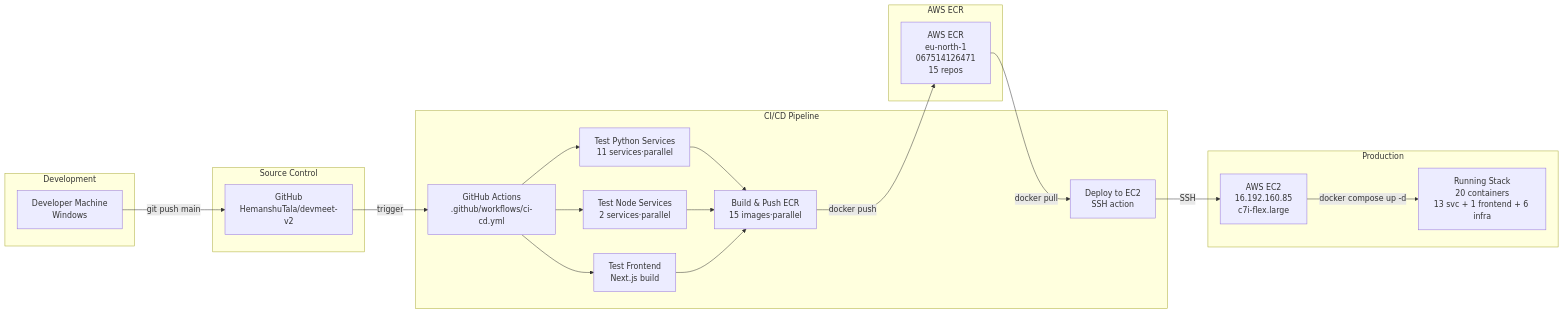
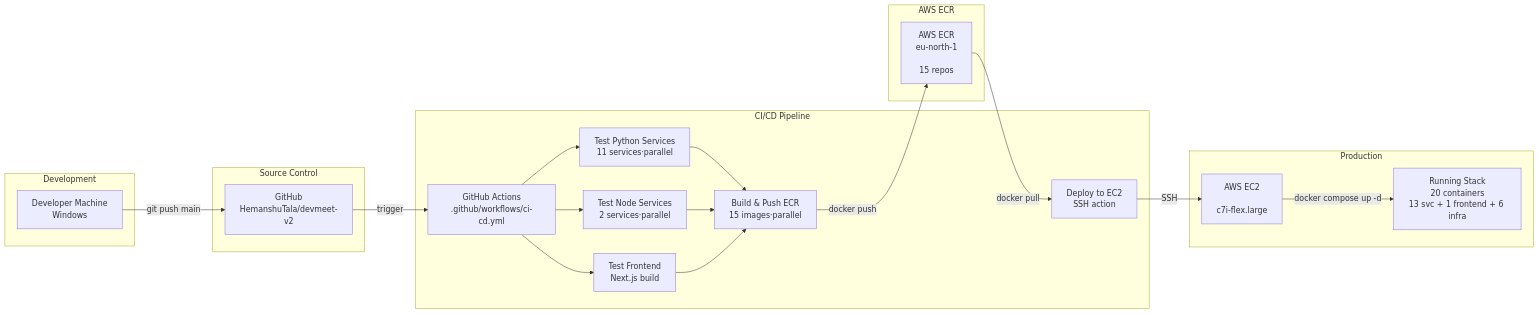
The second of 2 diagrams in Design Architecture/01-HLD-System-Architecture.md (HemanshuTala/devmeet-v2), drawn with Mermaid before and after one commit. The commit also changed other lines of this file and 9 other files, not shown here.

````diff
--- a/Design Architecture/01-HLD-System-Architecture.md
+++ b/Design Architecture/01-HLD-System-Architecture.md
@@ -425,41 +424,41 @@
 ```mermaid
 graph LR
     subgraph "Development"
         DEV[Developer Machine<br/>Windows]
     end
     
     subgraph "Source Control"
         GH[GitHub<br/>HemanshuTala/devmeet-v2]
     end
     
     subgraph "CI/CD Pipeline"
         GHA[GitHub Actions<br/>.github/workflows/ci-cd.yml]
         TEST1[Test Python Services<br/>11 services·parallel]
         TEST2[Test Node Services<br/>2 services·parallel]
         TEST3[Test Frontend<br/>Next.js build]
         BUILD[Build & Push ECR<br/>15 images·parallel]
         DEPLOY[Deploy to EC2<br/>SSH action]
     end
     
     subgraph "AWS ECR"
-        ECR[AWS ECR<br/>eu-north-1<br/>067514126471<br/>15 repos]
+        ECR[AWS ECR<br/>eu-north-1<br/><YOUR_AWS_ACCOUNT_ID><br/>15 repos]
     end
     
     subgraph "Production"
-        EC2[AWS EC2<br/>16.192.160.85<br/>c7i-flex.large]
+        EC2[AWS EC2<br/><YOUR_SERVER_IP><br/>c7i-flex.large]
         STACK[Running Stack<br/>20 containers<br/>13 svc + 1 frontend + 6 infra]
     end
     
     DEV -->|git push main| GH
     GH -->|trigger| GHA
     GHA --> TEST1
     GHA --> TEST2
     GHA --> TEST3
     TEST1 --> BUILD
     TEST2 --> BUILD
     TEST3 --> BUILD
     BUILD -->|docker push| ECR
     ECR -->|docker pull| DEPLOY
     DEPLOY -->|SSH| EC2
     EC2 -->|docker compose up -d| STACK
 ```
````
